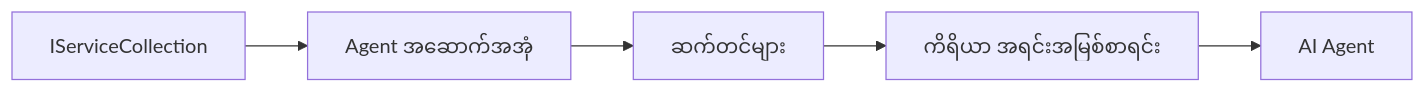
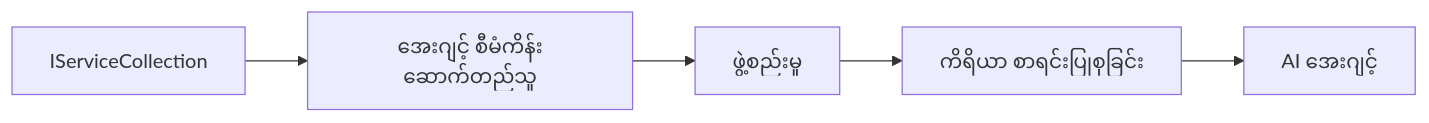
One commit to venturemavenwill/azureaifundamentals changed the diagram in translations/my/03-agentic-design-patterns/code_samples/03-dotnet-agent-framework.md. Above: the diagram before and after it, drawn with Mermaid. The commit also changed other lines of this file and 2002 other files, not shown here.

````diff
--- a/translations/my/03-agentic-design-patterns/code_samples/03-dotnet-agent-framework.md
+++ b/translations/my/03-agentic-design-patterns/code_samples/03-dotnet-agent-framework.md
@@ -41,7 +41,7 @@
 ```mermaid
 graph LR
-    A[IServiceCollection] --> B[Agent အဆောက်အအုံ]
-    B --> C[ဆက်တင်များ]
-    C --> D[ကိရိယာ အရင်းအမြစ်စာရင်း]
-    D --> E[AI Agent]
+    A[IServiceCollection] --> B[အေးဂျင့် စီမံကိန်းဆောက်တည်သူ]
+    B --> C[ဖွဲ့စည်းမှု]
+    C --> D[ကိရိယာ စာရင်းပြုစုခြင်း]
+    D --> E[AI အေးဂျင့်]
 ```
````
